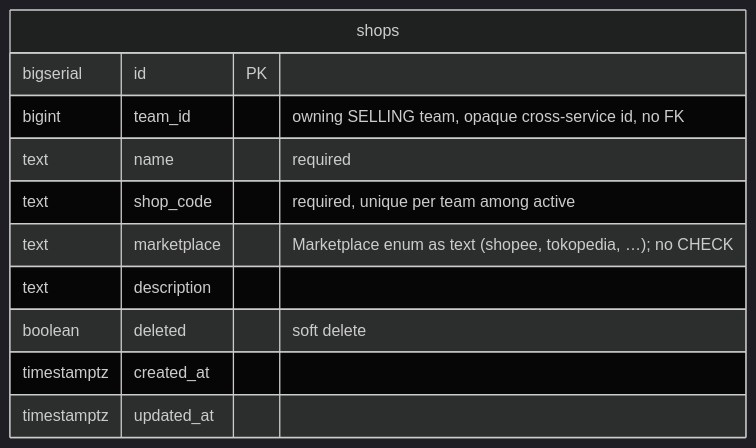
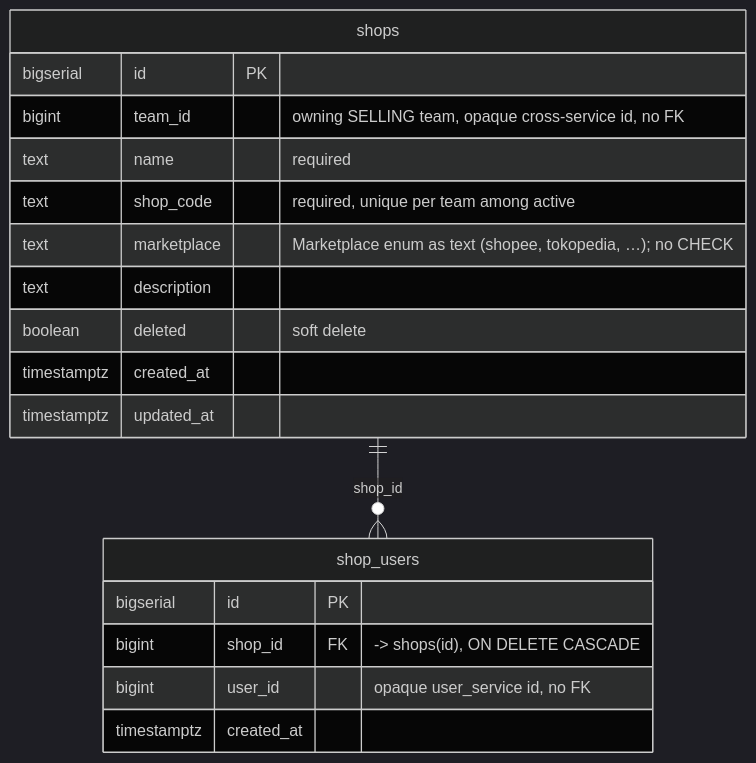
Before and after one commit to pdcgo/warehouse_revamp: the fifth of 8 diagrams in docs/database-schema.md, drawn with Mermaid (dark theme). The commit also changed other lines of this file and 13 other files, not shown here.

First line of the commit message:
#86 User access in shop: shop_users + grant/revoke on the detail page

````diff
--- a/docs/database-schema.md
+++ b/docs/database-schema.md
@@ -193,14 +193,23 @@
 ```mermaid
 erDiagram
+    shops ||--o{ shop_users : "shop_id"
+
     shops {
         bigserial   id          PK
         bigint      team_id     "owning SELLING team, opaque cross-service id, no FK"
         text        name        "required"
         text        shop_code   "required, unique per team among active"
         text        marketplace "Marketplace enum as text (shopee, tokopedia, …); no CHECK"
         text        description
         boolean     deleted     "soft delete"
         timestamptz created_at
         timestamptz updated_at
     }
+
+    shop_users {
+        bigserial   id         PK
+        bigint      shop_id    FK "-> shops(id), ON DELETE CASCADE"
+        bigint      user_id    "opaque user_service id, no FK"
+        timestamptz created_at
+    }
 ```
````
